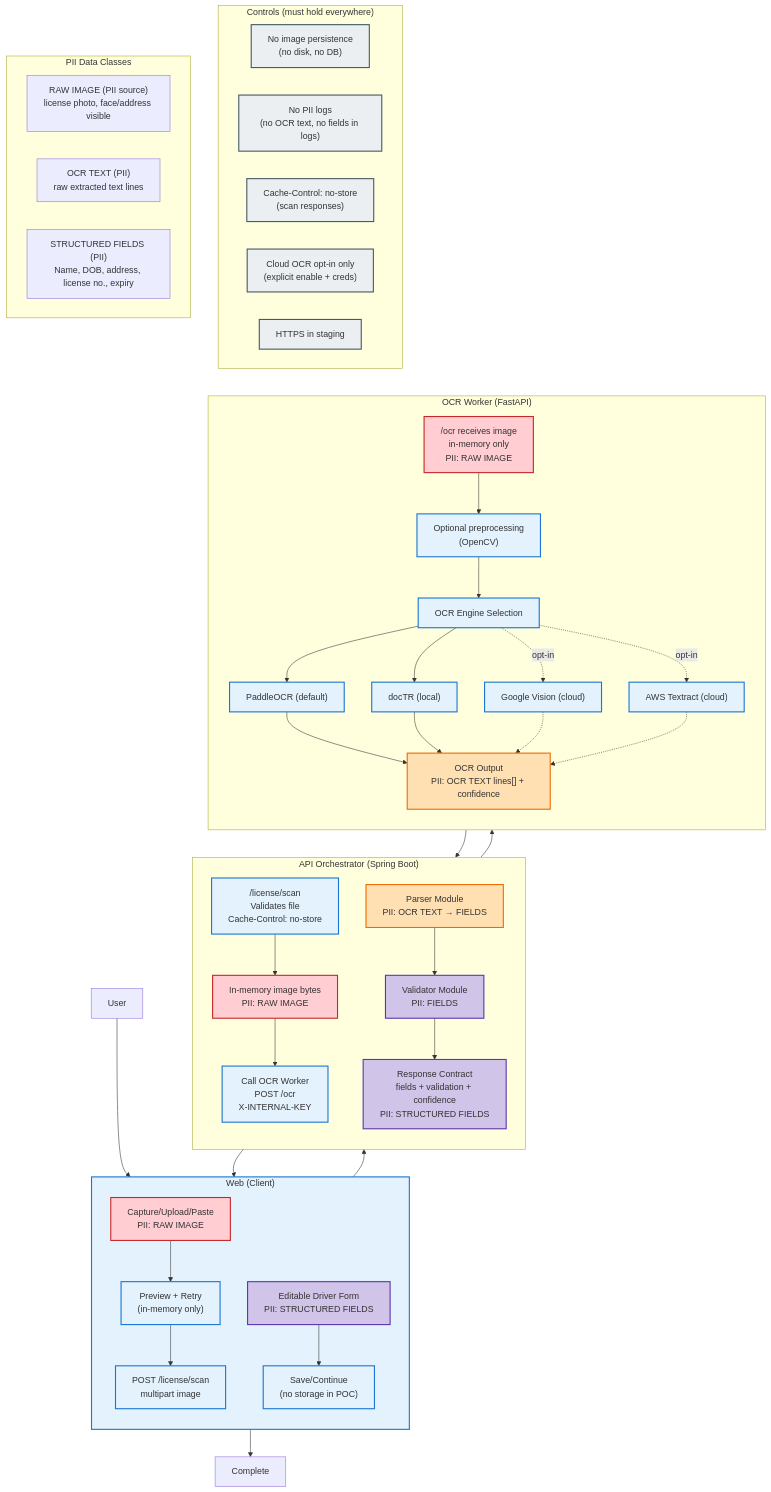
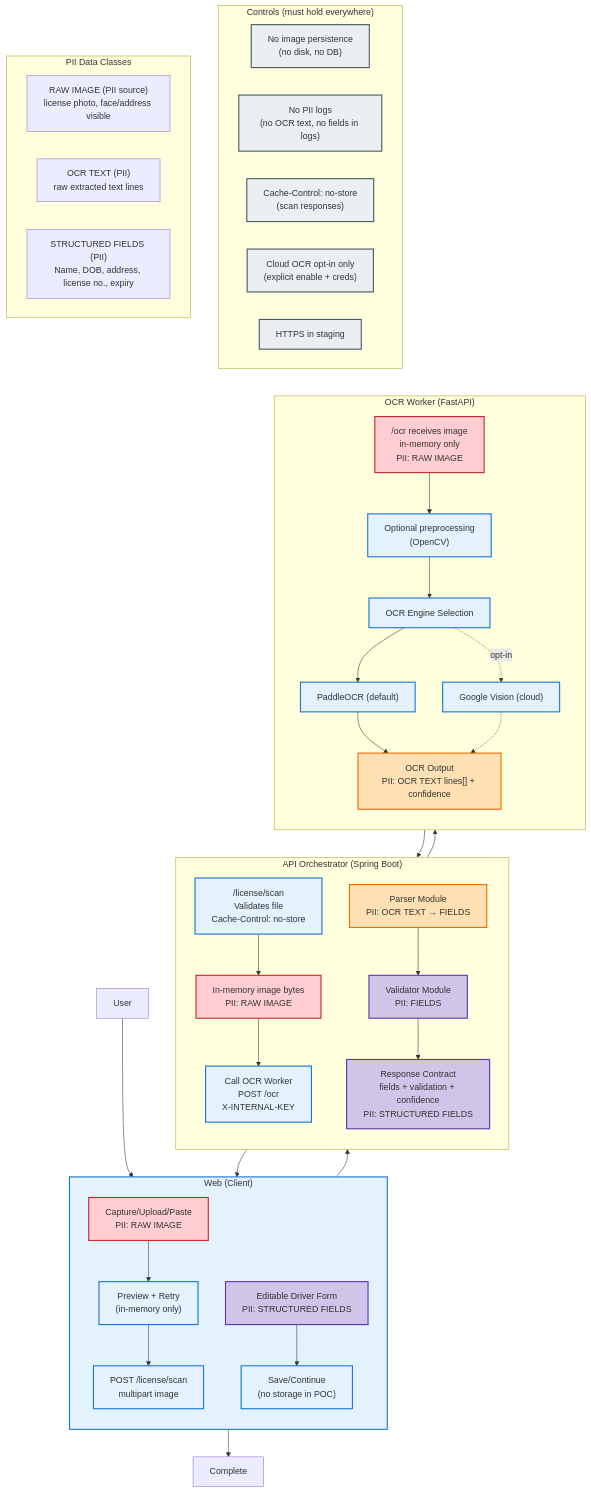
One commit to ManuBerea/driver-license-scanner changed the diagram in docs/gate2/03-data-flow-and-pii-boundaries.md. Above: the diagram before and after it, drawn with Mermaid. The commit also changed 19 other files, not shown here.

Commit message:
removed doctr and textract

```diff
--- a/docs/gate2/03-data-flow-and-pii-boundaries.md
+++ b/docs/gate2/03-data-flow-and-pii-boundaries.md
@@ -54,9 +54,7 @@
         Preprocess["Optional preprocessing<br>(OpenCV)"]
         EngineSelect["OCR Engine Selection"]
         Paddle["PaddleOCR (default)"]
-        Doctr["docTR (local)"]
         Vision["Google Vision (cloud)"]
-        Textract["AWS Textract (cloud)"]
         OcrOut["OCR Output<br>PII: OCR TEXT lines[] + confidence"]
   end
  subgraph Legend["PII Data Classes"]
@@ -73,12 +71,10 @@
     OcrCall --> WorkerIngress
     WorkerIngress --> Preprocess
     Preprocess --> EngineSelect
-    EngineSelect --> Paddle & Doctr
-    EngineSelect -. "opt-in" .-> Vision & Textract
+    EngineSelect --> Paddle
+    EngineSelect -. "opt-in" .-> Vision
     Paddle --> OcrOut
-    Doctr --> OcrOut
     Vision -.-> OcrOut
-    Textract -.-> OcrOut
     OcrOut --> Parse
     Parse --> Validate
     Validate --> ApiResp
@@ -108,9 +104,7 @@
      Preprocess:::normal
      EngineSelect:::normal
      Paddle:::normal
-     Doctr:::normal
      Vision:::normal
-     Textract:::normal
      OcrOut:::piiText
      WebZone:::normal
     classDef piiImage fill:#FFCDD2,stroke:#C62828,stroke-width:2px
```
